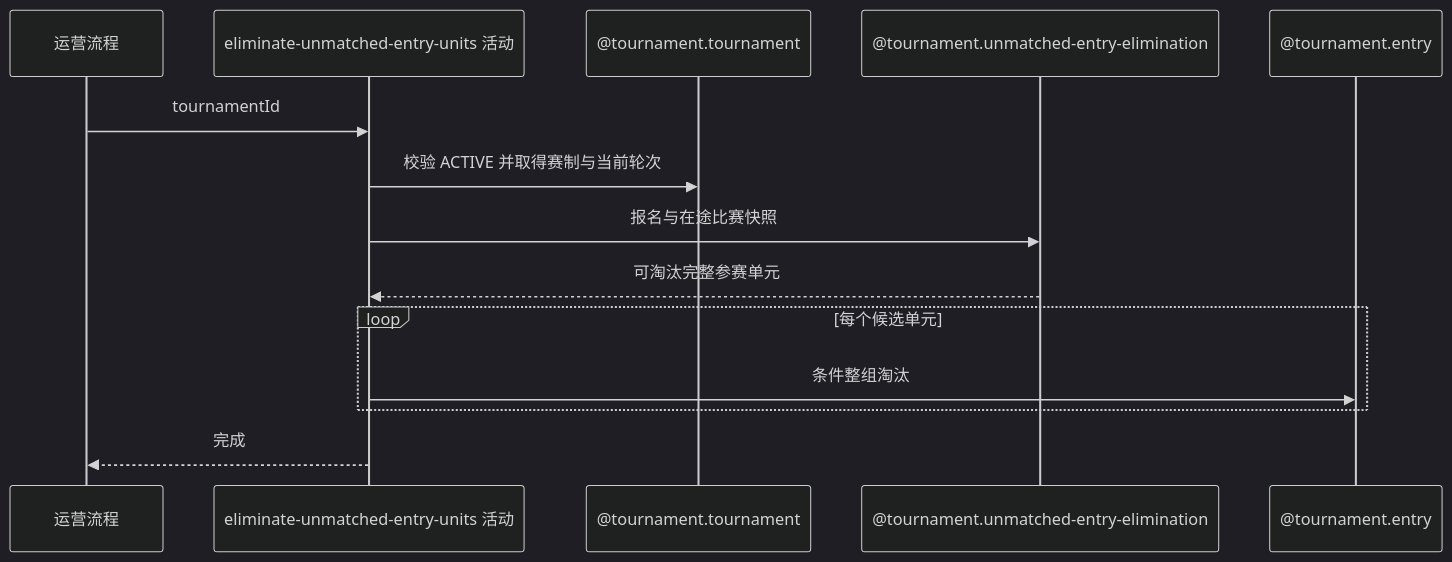
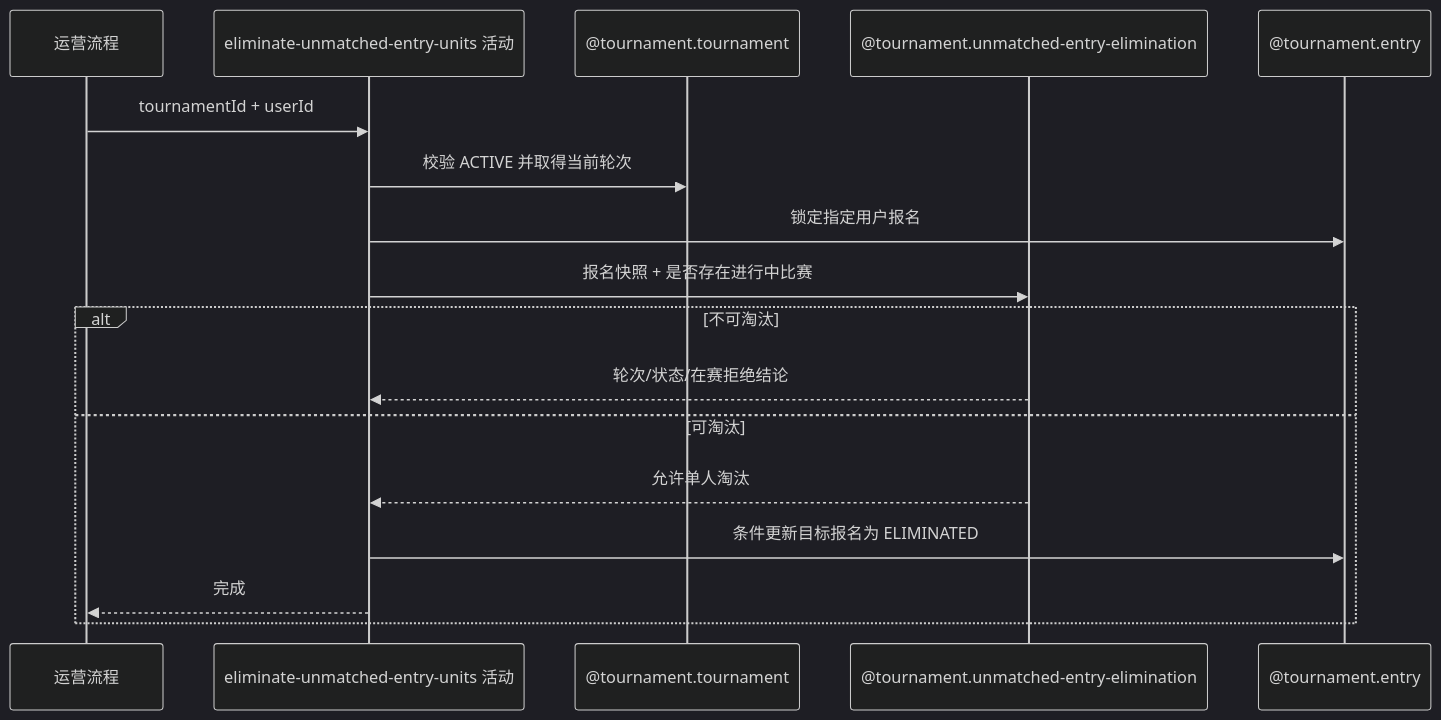
One commit to chxt100016/Rally changed the diagram in blueprint/spec/tournament/unmatched-entry-elimination/eliminate-unmatched-entry-units/activity.md. Above: the diagram before and after it, drawn with Mermaid (dark theme). The commit also changed other lines of this file and 46 other files, not shown here.

````diff
--- a/blueprint/spec/tournament/unmatched-entry-elimination/eliminate-unmatched-entry-units/activity.md
+++ b/blueprint/spec/tournament/unmatched-entry-elimination/eliminate-unmatched-entry-units/activity.md
@@ -13,16 +13,19 @@
 ```mermaid
 sequenceDiagram
     participant O as 运营流程
     participant A as eliminate-unmatched-entry-units 活动
     participant T as @tournament.tournament
     participant D as @tournament.unmatched-entry-elimination
     participant E as @tournament.entry
-    O->>A: tournamentId
-    A->>T: 校验 ACTIVE 并取得赛制与当前轮次
-    A->>D: 报名与在途比赛快照
-    D-->>A: 可淘汰完整参赛单元
-    loop 每个候选单元
-        A->>E: 条件整组淘汰
+    O->>A: tournamentId + userId
+    A->>T: 校验 ACTIVE 并取得当前轮次
+    A->>E: 锁定指定用户报名
+    A->>D: 报名快照 + 是否存在进行中比赛
+    alt 不可淘汰
+        D-->>A: 轮次/状态/在赛拒绝结论
+    else 可淘汰
+        D-->>A: 允许单人淘汰
+        A->>E: 条件更新目标报名为 ELIMINATED
+        A-->>O: 完成
     end
-    A-->>O: 完成
 ```
````
